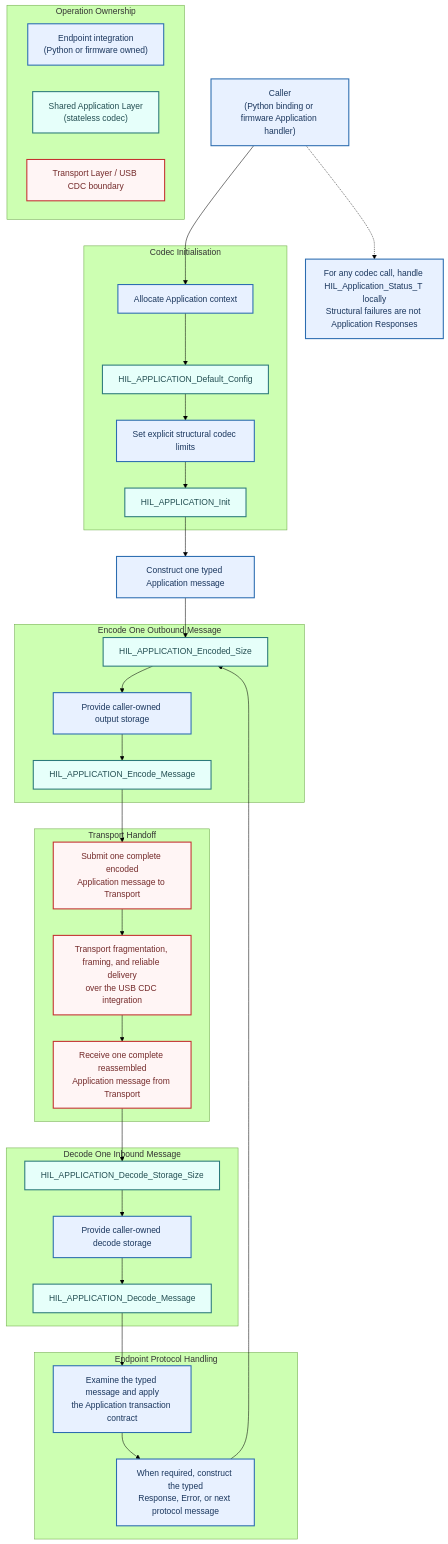
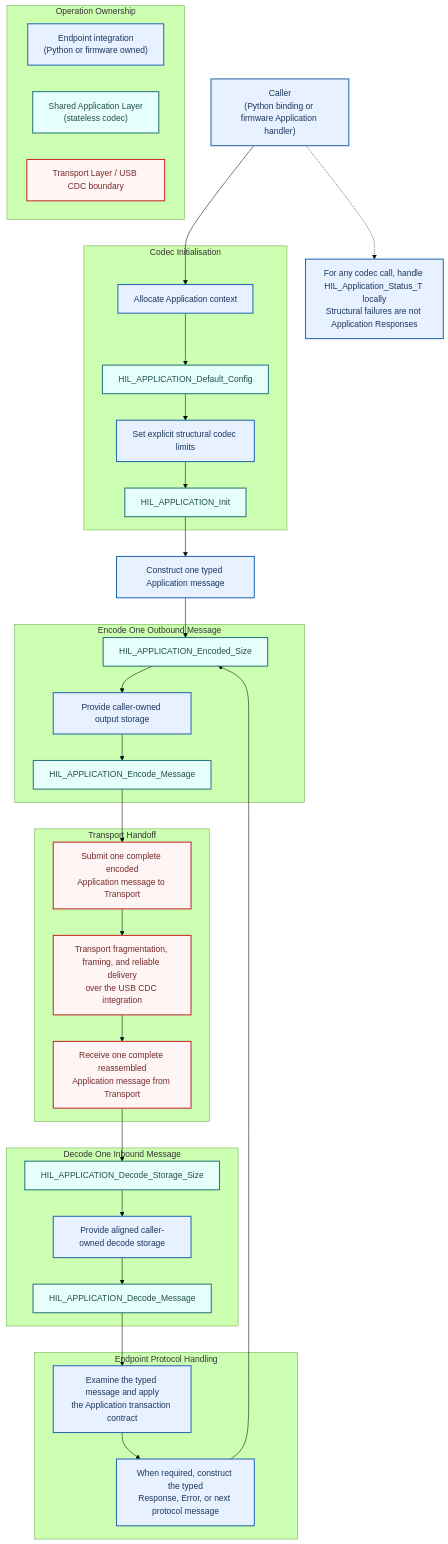
Before and after one commit to angus135/hil-rig-protocol: the diagram in docs/application_layer/application_api_usage.mmd, drawn with Mermaid (forest theme). The commit also changed 15 other files, not shown here.

```diff
--- a/docs/application_layer/application_api_usage.mmd
+++ b/docs/application_layer/application_api_usage.mmd
@@ -1,71 +1,71 @@
 flowchart TD
 
 Caller["Caller<br/>(Python binding or firmware Application handler)"]
 
 subgraph Startup["Codec Initialisation"]
     A["Allocate Application context"]
     B["HIL_APPLICATION_Default_Config"]
     C["Set explicit structural codec limits"]
     D["HIL_APPLICATION_Init"]
 end
 
 E["Construct one typed Application message"]
 
 subgraph Outbound["Encode One Outbound Message"]
     F["HIL_APPLICATION_Encoded_Size"]
     G["Provide caller-owned output storage"]
     H["HIL_APPLICATION_Encode_Message"]
 end
 
 subgraph TransportBoundary["Transport Handoff"]
     I["Submit one complete encoded<br/>Application message to Transport"]
     Wire["Transport fragmentation, framing, and reliable delivery<br/>over the USB CDC integration"]
     J["Receive one complete reassembled<br/>Application message from Transport"]
 end
 
 subgraph Inbound["Decode One Inbound Message"]
     K["HIL_APPLICATION_Decode_Storage_Size"]
-    L["Provide caller-owned decode storage"]
+    L["Provide aligned caller-owned decode storage"]
     M["HIL_APPLICATION_Decode_Message"]
 end
 
 subgraph Integration["Endpoint Protocol Handling"]
     N["Examine the typed message and apply<br/>the Application transaction contract"]
     O["When required, construct the typed<br/>Response, Error, or next protocol message"]
 end
 
 Status["For any codec call, handle HIL_Application_Status_T locally<br/>Structural failures are not Application Responses"]
 
 subgraph Ownership["Operation Ownership"]
     OwnerEndpoint["Endpoint integration<br/>(Python or firmware owned)"]
     OwnerApplication["Shared Application Layer<br/>(stateless codec)"]
     OwnerTransport["Transport Layer / USB CDC boundary"]
 end
 
 Caller --> A
 A --> B
 B --> C
 C --> D
 D --> E
 E --> F
 F --> G
 G --> H
 H --> I
 I --> Wire
 Wire --> J
 J --> K
 K --> L
 L --> M
 M --> N
 N --> O
 O --> F
 
 Caller -.-> Status
 
 classDef endpointOwned fill:#e8f1ff,stroke:#2b6cb0,stroke-width:2px,color:#1a365d
 classDef applicationOwned fill:#e6fffa,stroke:#2c7a7b,stroke-width:2px,color:#234e52
 classDef transportOwned fill:#fff5f5,stroke:#c53030,stroke-width:2px,color:#742a2a
 
 class Caller,A,C,E,G,L,N,O,Status,OwnerEndpoint endpointOwned
 class B,D,F,H,K,M,OwnerApplication applicationOwned
 class I,Wire,J,OwnerTransport transportOwned
```
